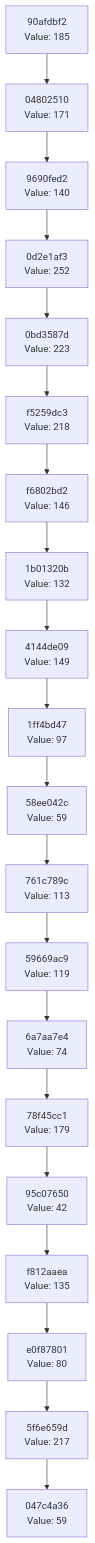
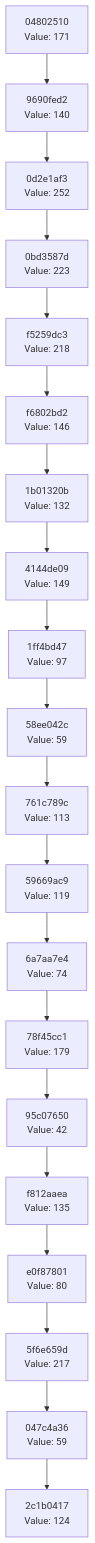
Before and after one commit to Abhisheksinha1506/hash-chain-evolver: the diagram in docs/CHAIN_VISUALIZATION.md, drawn with Mermaid. The commit also changed 3 other files, not shown here.

````diff
--- a/docs/CHAIN_VISUALIZATION.md
+++ b/docs/CHAIN_VISUALIZATION.md
@@ -3,42 +3,42 @@
 ```mermaid
 graph TD
-    C0["047c4a36<br/>Value: 59"]
-    C1["5f6e659d<br/>Value: 217"]
+    C0["2c1b0417<br/>Value: 124"]
+    C1["047c4a36<br/>Value: 59"]
     C1 --> C0
-    C2["e0f87801<br/>Value: 80"]
+    C2["5f6e659d<br/>Value: 217"]
     C2 --> C1
-    C3["f812aaea<br/>Value: 135"]
+    C3["e0f87801<br/>Value: 80"]
     C3 --> C2
-    C4["95c07650<br/>Value: 42"]
+    C4["f812aaea<br/>Value: 135"]
     C4 --> C3
-    C5["78f45cc1<br/>Value: 179"]
+    C5["95c07650<br/>Value: 42"]
     C5 --> C4
-    C6["6a7aa7e4<br/>Value: 74"]
+    C6["78f45cc1<br/>Value: 179"]
     C6 --> C5
-    C7["59669ac9<br/>Value: 119"]
+    C7["6a7aa7e4<br/>Value: 74"]
     C7 --> C6
-    C8["761c789c<br/>Value: 113"]
+    C8["59669ac9<br/>Value: 119"]
     C8 --> C7
-    C9["58ee042c<br/>Value: 59"]
+    C9["761c789c<br/>Value: 113"]
     C9 --> C8
-    C10["1ff4bd47<br/>Value: 97"]
+    C10["58ee042c<br/>Value: 59"]
     C10 --> C9
-    C11["4144de09<br/>Value: 149"]
+    C11["1ff4bd47<br/>Value: 97"]
     C11 --> C10
-    C12["1b01320b<br/>Value: 132"]
+    C12["4144de09<br/>Value: 149"]
     C12 --> C11
-    C13["f6802bd2<br/>Value: 146"]
+    C13["1b01320b<br/>Value: 132"]
     C13 --> C12
-    C14["f5259dc3<br/>Value: 218"]
+    C14["f6802bd2<br/>Value: 146"]
     C14 --> C13
-    C15["0bd3587d<br/>Value: 223"]
+    C15["f5259dc3<br/>Value: 218"]
     C15 --> C14
-    C16["0d2e1af3<br/>Value: 252"]
+    C16["0bd3587d<br/>Value: 223"]
     C16 --> C15
-    C17["9690fed2<br/>Value: 140"]
+    C17["0d2e1af3<br/>Value: 252"]
     C17 --> C16
-    C18["04802510<br/>Value: 171"]
+    C18["9690fed2<br/>Value: 140"]
     C18 --> C17
-    C19["90afdbf2<br/>Value: 185"]
+    C19["04802510<br/>Value: 171"]
     C19 --> C18
 ```
````
